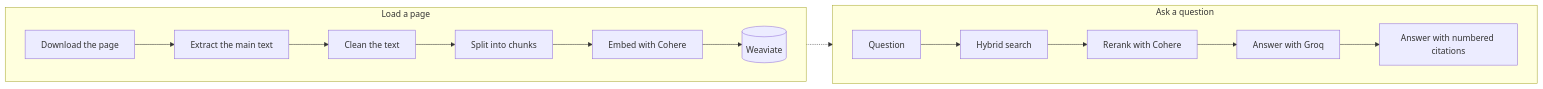
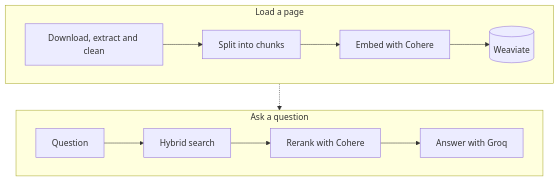
One commit to ayayousef2000/chat-with-any-website changed the diagram in README.md. Above: the diagram before and after it, drawn with Mermaid. The commit also changed other lines of this file and 1 other file, not shown here.

Commit message:
docs: add the live demo link, a diagram that fits the page and two missing settings
The README links to the live demo. The diagram of how the app works was 2088 pixels wide, more than twice the width of GitHub's text column, so it did not show as a readable picture. It now has two rows of four steps and is 744 pixels wide. FETCH_TIMEOUT_SECONDS and FETCH_MAX_BYTES, which the code reads, are added to the settings table and to .env.example.

````diff
--- a/README.md
+++ b/README.md
@@ -37,19 +39,12 @@
 ```mermaid
-flowchart LR
+flowchart TB
     subgraph load [Load a page]
         direction LR
-        A[Download the page] --> B[Extract the main text]
-        B --> C[Clean the text]
-        C --> D[Split into chunks]
-        D --> E[Embed with Cohere]
-        E --> F[(Weaviate)]
+        A[Download, extract and clean] --> D[Split into chunks] --> E[Embed with Cohere] --> F[(Weaviate)]
     end
     subgraph ask [Ask a question]
         direction LR
-        Q[Question] --> H[Hybrid search]
-        H --> R[Rerank with Cohere]
-        R --> L[Answer with Groq]
-        L --> S[Answer with numbered citations]
+        Q[Question] --> H[Hybrid search] --> R[Rerank with Cohere] --> L[Answer with Groq]
     end
-    F -.-> H
+    load -.-> ask
 ```
````
